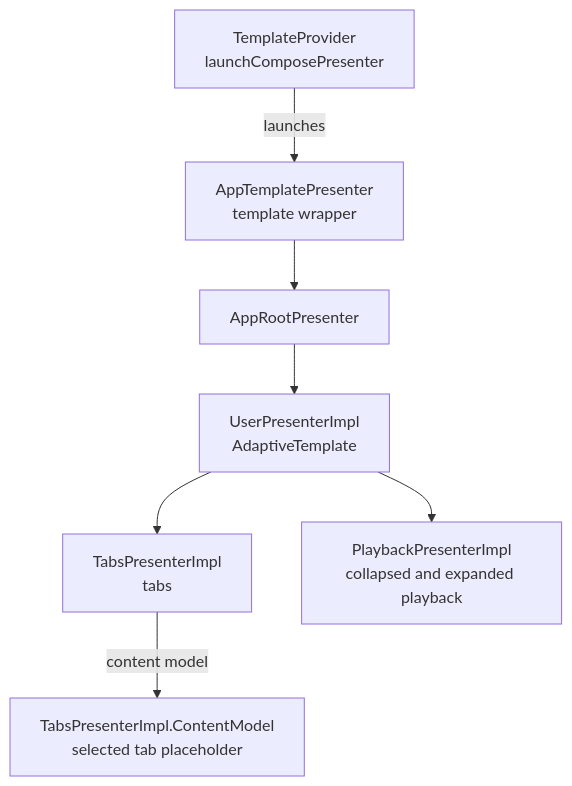
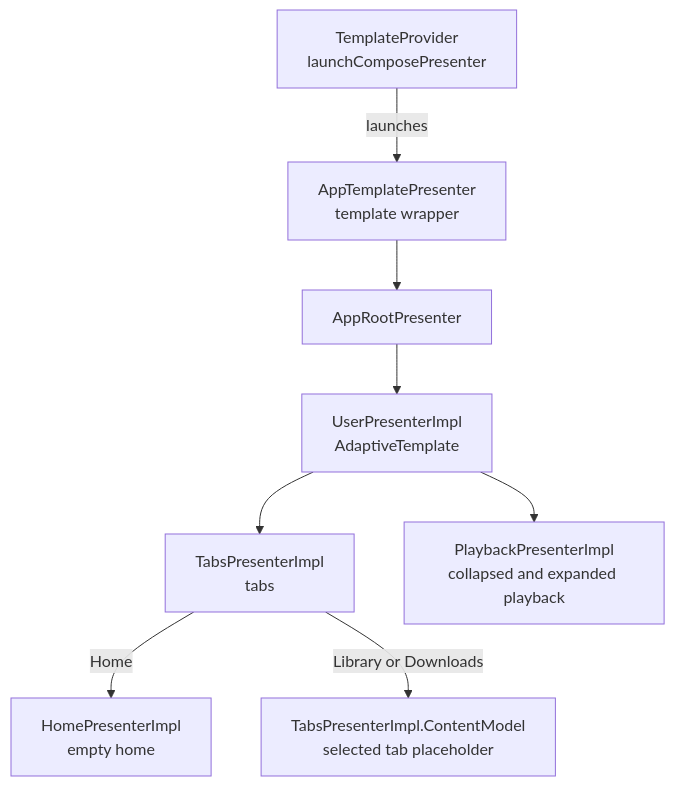
One commit to vRallev/storymile changed the diagram in docs/presenter-hierarchy.md. Above: the diagram before and after it, drawn with Mermaid. The commit also changed other lines of this file and 27 other files, not shown here.

````diff
--- a/docs/presenter-hierarchy.md
+++ b/docs/presenter-hierarchy.md
@@ -8,17 +8,19 @@
 ```mermaid
 flowchart TD
   TemplateProvider["TemplateProvider\nlaunchComposePresenter"]
   AppTemplatePresenter["AppTemplatePresenter\ntemplate wrapper"]
   AppRootPresenter["AppRootPresenter"]
   UserPresenter["UserPresenterImpl\nAdaptiveTemplate"]
   TabContent["TabsPresenterImpl.ContentModel\nselected tab placeholder"]
+  HomePresenter["HomePresenterImpl\nempty home"]
   TabsPresenter["TabsPresenterImpl\ntabs"]
   PlaybackPresenter["PlaybackPresenterImpl\ncollapsed and expanded playback"]
 
   TemplateProvider -->|launches| AppTemplatePresenter
   AppTemplatePresenter --> AppRootPresenter
   AppRootPresenter --> UserPresenter
   UserPresenter --> TabsPresenter
-  TabsPresenter -->|content model| TabContent
+  TabsPresenter -->|Home| HomePresenter
+  TabsPresenter -->|Library or Downloads| TabContent
   UserPresenter --> PlaybackPresenter
 ```
````
